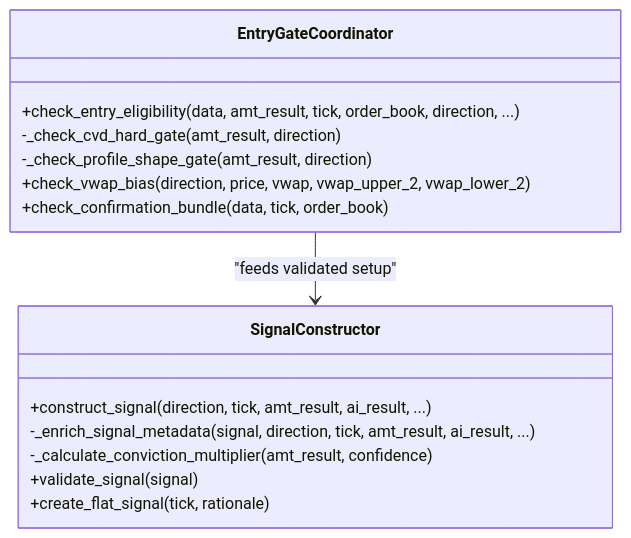
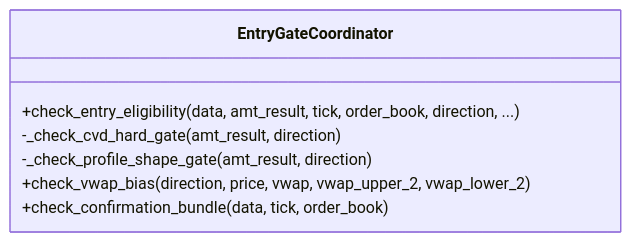
One commit to gemrajkhatry-maker/v5-of-glassytrade-ai changed the tenth of 14 diagrams in .qoder/repowiki/en/content/Backend Application/Application Handlers/Application Handlers.md. Above: the diagram before and after it, drawn with Mermaid. The commit also changed other lines of this file and 219 other files, not shown here.

First line of the commit message:
refactor: major architecture improvements across backend, backendv2, brokers, and frontend

````diff
--- a/.qoder/repowiki/en/content/Backend Application/Application Handlers/Application Handlers.md
+++ b/.qoder/repowiki/en/content/Backend Application/Application Handlers/Application Handlers.md
@@ -297,18 +490,10 @@
 ```mermaid
 classDiagram
 class EntryGateCoordinator {
 +check_entry_eligibility(data, amt_result, tick, order_book, direction, ...)
 -_check_cvd_hard_gate(amt_result, direction)
 -_check_profile_shape_gate(amt_result, direction)
 +check_vwap_bias(direction, price, vwap, vwap_upper_2, vwap_lower_2)
 +check_confirmation_bundle(data, tick, order_book)
 }
-class SignalConstructor {
-+construct_signal(direction, tick, amt_result, ai_result, ...)
--_enrich_signal_metadata(signal, direction, tick, amt_result, ai_result, ...)
--_calculate_conviction_multiplier(amt_result, confidence)
-+validate_signal(signal)
-+create_flat_signal(tick, rationale)
-}
-EntryGateCoordinator --> SignalConstructor : "feeds validated setup"
 ```
````
